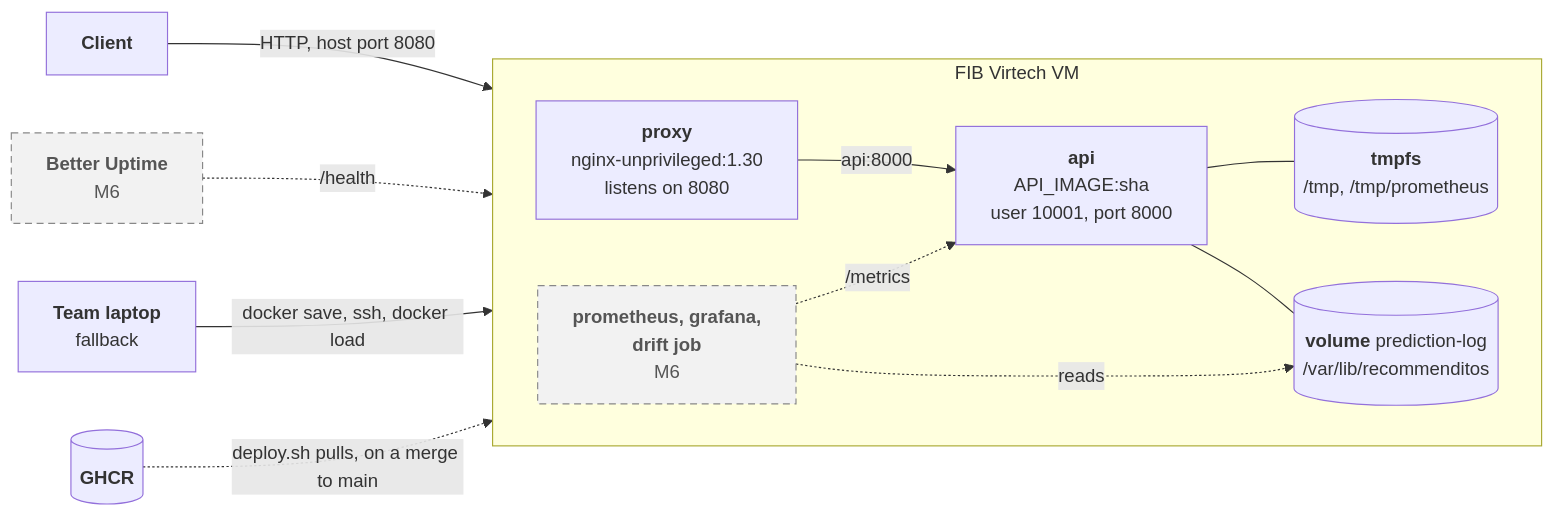
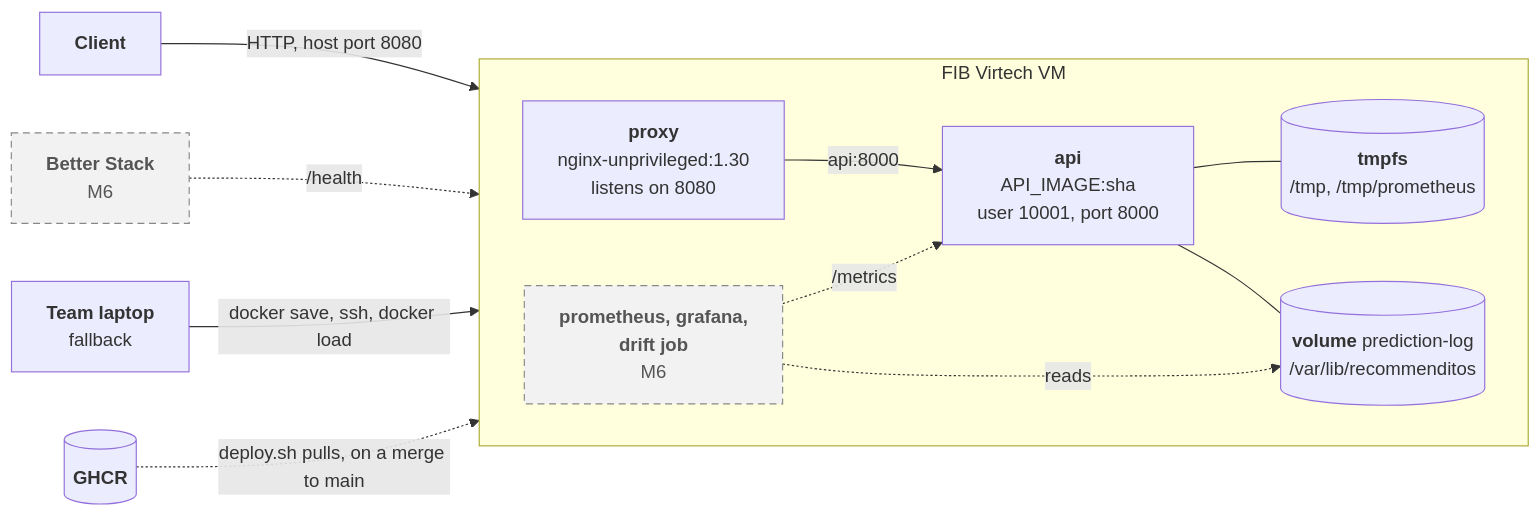
Before and after one commit to mlops-2627q1-mds-upc/MLOPS_Recommenditos: the eighth of 8 diagrams in docs/docs/architecture.md, drawn with Mermaid. The commit also changed other lines of this file and 9 other files, not shown here.

First line of the commit message:
feat: check the API's /health from outside with Better Stack and report its uptime (#280)

````diff
--- a/docs/docs/architecture.md
+++ b/docs/docs/architecture.md
@@ -377,29 +377,29 @@
 ```mermaid
 flowchart LR
     d_user["<b>Client</b>"]
-    d_uptime["<b>Better Uptime</b><br/>M6"]
+    d_uptime["<b>Better Stack</b><br/>M6"]
     d_laptop["<b>Team laptop</b><br/>fallback"]
     d_ghcr[("<b>GHCR</b>")]
 
     subgraph d_vm["FIB Virtech VM"]
         direction LR
         d_proxyc["<b>proxy</b><br/>nginx-unprivileged:1.30<br/>listens on 8080"]
         d_apic["<b>api</b><br/>API_IMAGE:sha<br/>user 10001, port 8000"]
         d_m6["<b>prometheus, grafana,<br/>drift job</b><br/>M6"]
         d_tmpfs[("<b>tmpfs</b><br/>/tmp, /tmp/prometheus")]
         d_vol[("<b>volume</b> prediction-log<br/>/var/lib/recommenditos")]
     end
 
     d_user -->|"HTTP, host port 8080"| d_proxyc
     d_uptime -.->|"/health"| d_proxyc
     d_laptop -->|"docker save, ssh, docker load"| d_apic
     d_ghcr -.->|"deploy.sh pulls, on a merge to main"| d_apic
     d_proxyc -->|"api:8000"| d_apic
     d_m6 -.->|"/metrics"| d_apic
     d_apic --- d_tmpfs
     d_apic --- d_vol
     d_m6 -.->|"reads"| d_vol
 
     classDef later fill:#f2f2f2,stroke:#888,color:#555,stroke-dasharray:6 4
     class d_uptime,d_m6 later
 ```
````
